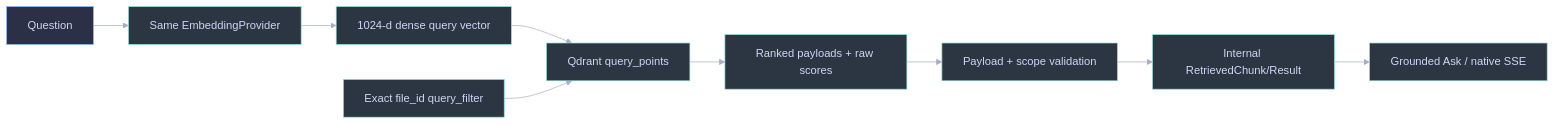
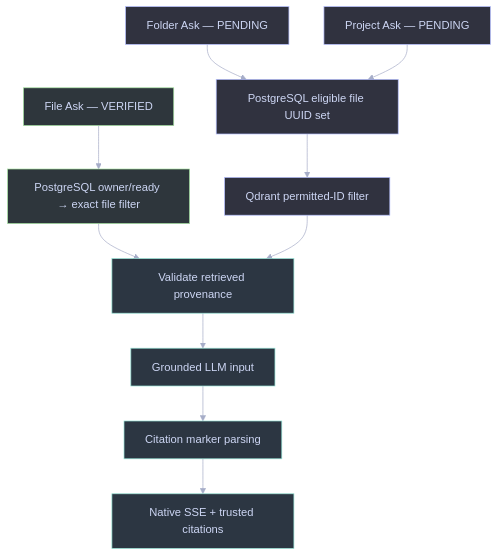
The second of 3 diagrams in .agents/skills/rag/SKILL.md (RyxnDmello/atlas), drawn with Mermaid before and after one commit. The commit also changed other lines of this file and 23 other files, not shown here.

First line of the commit message:
feat(rag, folders): verify folder scopes and multi-file retrieval

````diff
--- a/.agents/skills/rag/SKILL.md
+++ b/.agents/skills/rag/SKILL.md
@@ -385,21 +48,23 @@
 ```mermaid
 %%{init: {'theme': 'base', 'themeVariables': {'background': '#1e1e2e', 'primaryColor': '#45475a', 'primaryTextColor': '#cdd6f4', 'primaryBorderColor': '#89b4fa', 'lineColor': '#a6adc8', 'secondaryColor': '#313244', 'tertiaryColor': '#181825', 'fontFamily': 'Inter, sans-serif'}}}%%
-flowchart LR
-    Question["Question"] --> Embed["Same EmbeddingProvider"]
-    Embed --> Vector["1024-d dense query vector"]
-    Vector --> Search["Qdrant query_points"]
-    Scope["Exact file_id query_filter"] --> Search
-    Search --> Results["Ranked payloads + raw scores"]
-    Results --> Validate["Payload + scope validation"]
-    Validate --> Internal["Internal RetrievedChunk/Result"]
-    Internal --> Ask["Grounded Ask / native SSE"]
-    class Question client;
-    class Embed,Vector,Search,Scope,Results,Validate,Internal,Ask service;
+flowchart TD
+    File["File Ask — VERIFIED"] --> Exact["PostgreSQL owner/ready → exact file filter"]
+    Folder["Folder Ask — PENDING"] --> Scope["PostgreSQL eligible file UUID set"]
+    Project["Project Ask — PENDING"] --> Scope
+    Scope --> Multi["Qdrant permitted-ID filter"]
+    Exact --> Validate["Validate retrieved provenance"]
+    Multi --> Validate
+    Validate --> Ground["Grounded LLM input"]
+    Ground --> Parse["Citation marker parsing"]
+    Parse --> SSE["Native SSE + trusted citations"]
+    class File,Exact verified;
+    class Folder,Project,Scope,Multi planned;
+    class Validate,Ground,Parse,SSE service;
     classDef client fill:#2b3046,stroke:#89b4fa,stroke-width:1px,color:#cdd6f4;
     classDef service fill:#2c3642,stroke:#94e2d5,stroke-width:1px,color:#cdd6f4;
     classDef storage fill:#332e46,stroke:#cba6f7,stroke-width:1px,color:#cdd6f4;
     classDef verified fill:#2e363c,stroke:#a6e3a1,stroke-width:1px,color:#cdd6f4;
     classDef planned fill:#30323f,stroke:#b4befe,stroke-width:1px,color:#cdd6f4;
     classDef caution fill:#38362e,stroke:#f9e2af,stroke-width:1px,color:#cdd6f4;
     classDef denied fill:#39303d,stroke:#f38ba8,stroke-width:1px,color:#cdd6f4;
 ```
````
